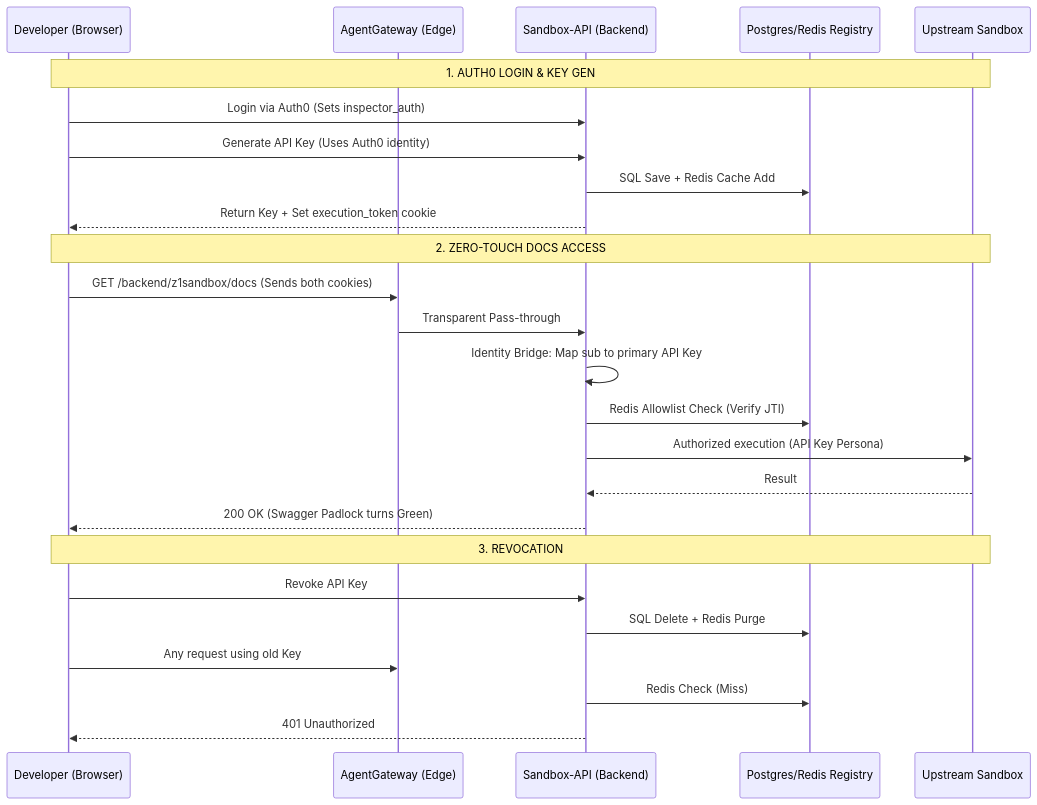
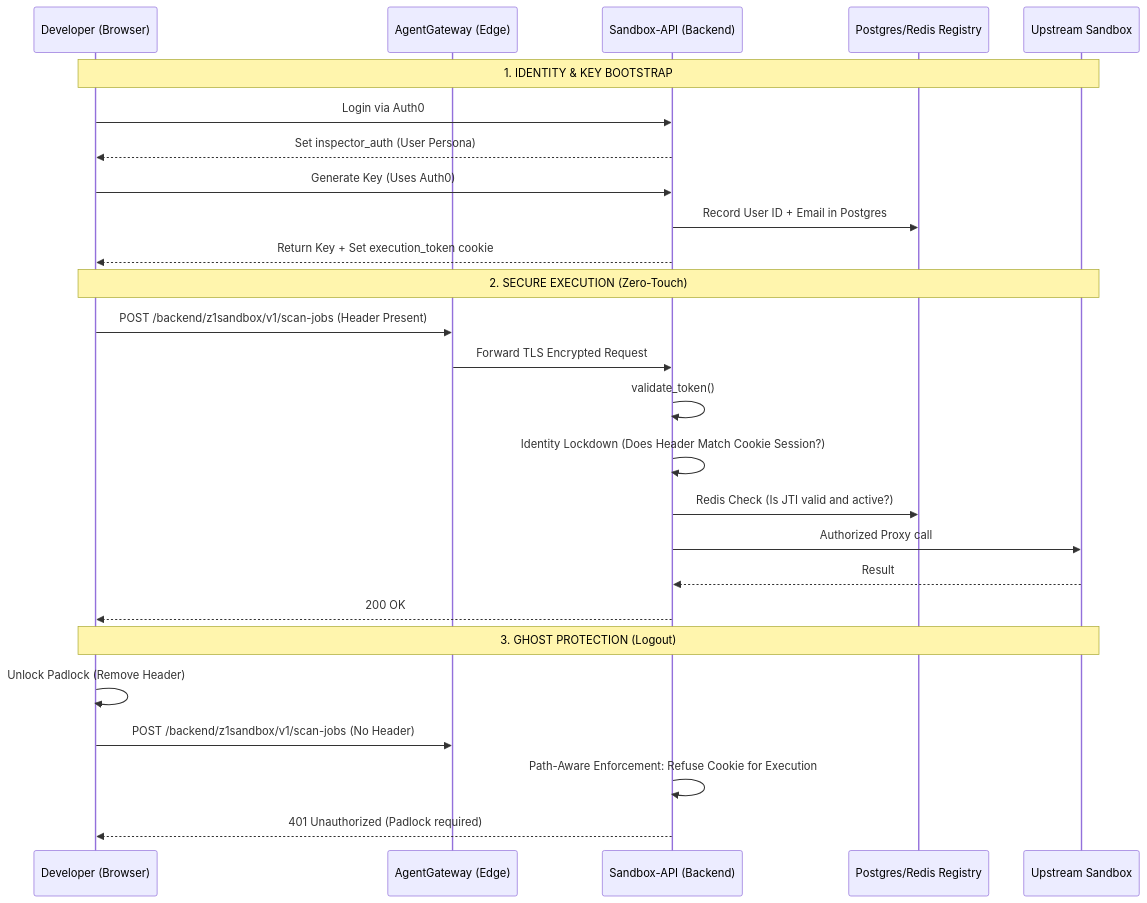
Before and after one commit to 01cloud/01-Sandbox: the diagram in docs/developer_key.md, drawn with Mermaid. The commit also changed other lines of this file and 3 other files, not shown here.

````diff
--- a/docs/developer_key.md
+++ b/docs/developer_key.md
@@ -82,30 +45,31 @@
 ```mermaid
 sequenceDiagram
     participant Dev as Developer (Browser)
     participant GW as AgentGateway (Edge)
     participant API as Sandbox-API (Backend)
     participant DB as Postgres/Redis Registry
     participant SB as Upstream Sandbox
 
-    Note over Dev, SB: 1. AUTH0 LOGIN & KEY GEN
-    Dev->>API: Login via Auth0 (Sets inspector_auth)
-    Dev->>API: Generate API Key (Uses Auth0 identity)
-    API->>DB: SQL Save + Redis Cache Add
+    Note over Dev, SB: 1. IDENTITY & KEY BOOTSTRAP
+    Dev->>API: Login via Auth0
+    API-->>Dev: Set inspector_auth (User Persona)
+    Dev->>API: Generate Key (Uses Auth0)
+    API->>DB: Record User ID + Email in Postgres
     API-->>Dev: Return Key + Set execution_token cookie
 
-    Note over Dev, SB: 2. ZERO-TOUCH DOCS ACCESS
-    Dev->>GW: GET /backend/z1sandbox/docs (Sends both cookies)
-    GW->>API: Transparent Pass-through
-    API->>API: Identity Bridge: Map sub to primary API Key
-    API->>DB: Redis Allowlist Check (Verify JTI)
-    API->>SB: Authorized execution (API Key Persona)
+    Note over Dev, SB: 2. SECURE EXECUTION (Zero-Touch)
+    Dev->>GW: POST /backend/z1sandbox/v1/scan-jobs (Header Present)
+    GW->>API: Forward TLS Encrypted Request
+    API->>API: validate_token()
+    API->>API: Identity Lockdown (Does Header Match Cookie Session?)
+    API->>DB: Redis Check (Is JTI valid and active?)
+    API->>SB: Authorized Proxy call
     SB-->>API: Result
-    API-->>Dev: 200 OK (Swagger Padlock turns Green)
+    API-->>Dev: 200 OK
 
-    Note over Dev, SB: 3. REVOCATION
-    Dev->>API: Revoke API Key
-    API->>DB: SQL Delete + Redis Purge
-    Dev->>GW: Any request using old Key
-    API->>DB: Redis Check (Miss)
-    API-->>Dev: 401 Unauthorized
+    Note over Dev, SB: 3. GHOST PROTECTION (Logout)
+    Dev->>Dev: Unlock Padlock (Remove Header)
+    Dev->>GW: POST /backend/z1sandbox/v1/scan-jobs (No Header)
+    API->>API: Path-Aware Enforcement: Refuse Cookie for Execution
+    API-->>Dev: 401 Unauthorized (Padlock required)
 ```
````
